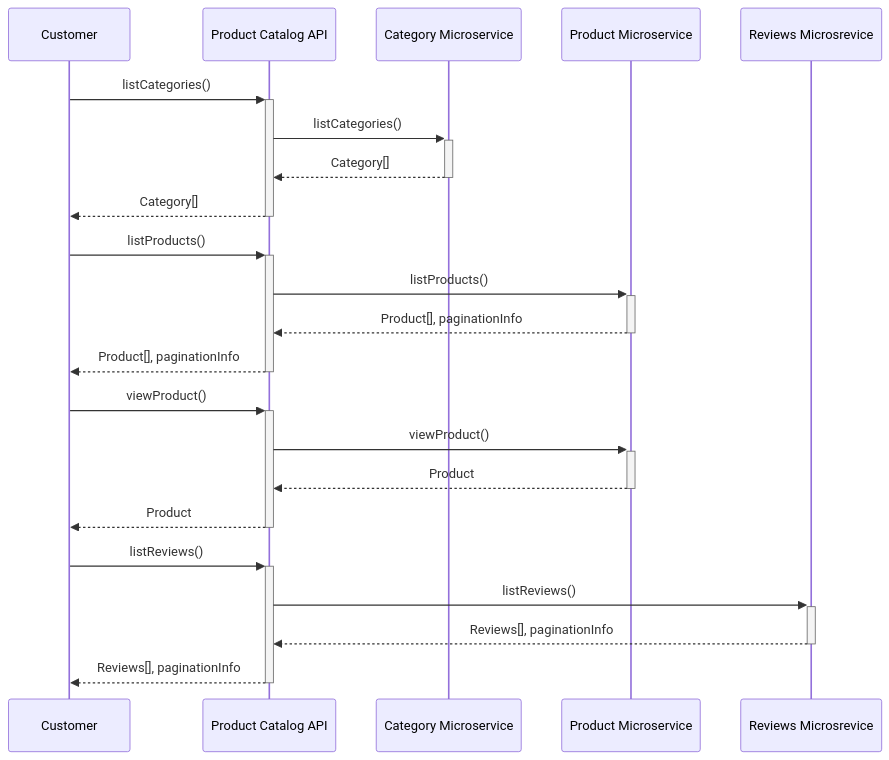
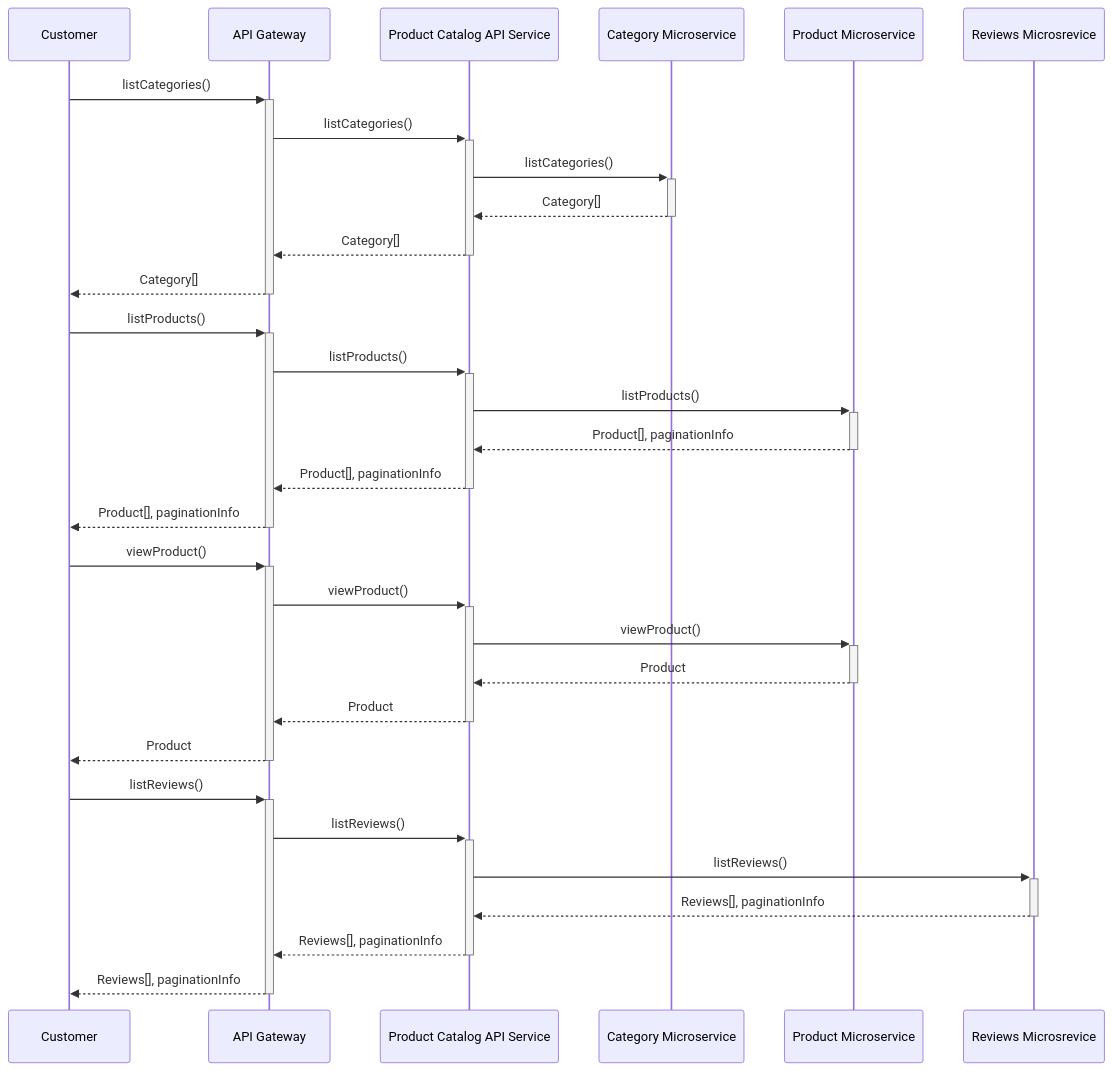
The fifth of 5 diagrams in requirement-analysis/product-catalog-api.md (ikenna/AcmePetSupplies), drawn with Mermaid before and after one commit.

Commit message:
Updating sequence diagram

````diff
--- a/requirement-analysis/product-catalog-api.md
+++ b/requirement-analysis/product-catalog-api.md
@@ -104,20 +102,31 @@
 ```mermaid 
 sequenceDiagram
-    Customer ->>+ Product Catalog API: listCategories()
-    Product Catalog API ->>+ Category Microservice: listCategories()
-    Category Microservice -->>- Product Catalog API :  Category[]
-    Product Catalog API -->>- Customer:  Category[]
-    Customer ->>+ Product Catalog API: listProducts()
-    Product Catalog API ->>+ Product Microservice: listProducts()
-    Product Microservice -->>- Product Catalog API :  Product[], paginationInfo
-    Product Catalog API -->>- Customer:  Product[], paginationInfo
-    Customer ->>+ Product Catalog API: viewProduct()
-    Product Catalog API ->>+ Product Microservice: viewProduct()
-    Product Microservice -->>- Product Catalog API:  Product
-    Product Catalog API -->>- Customer:  Product
-    Customer ->>+ Product Catalog API: listReviews()
-    Product Catalog API ->>+ Reviews Microsrevice: listReviews()
-    Reviews Microsrevice -->>- Product Catalog API: Reviews[], paginationInfo
-    Product Catalog API -->>- Customer:  Reviews[], paginationInfo
+    Customer ->>+ API Gateway: listCategories()
+    API Gateway ->>+ Product Catalog API Service : listCategories()
+    Product Catalog API Service ->>+ Category Microservice: listCategories()
+    Category Microservice -->>- Product Catalog API Service :  Category[]
+    Product Catalog API Service -->>- API Gateway:  Category[]
+    API Gateway -->>- Customer:  Category[]
+
+    Customer ->>+ API Gateway: listProducts()
+    API Gateway ->>+ Product Catalog API Service: listProducts()
+    Product Catalog API Service ->>+ Product Microservice: listProducts()
+    Product Microservice -->>- Product Catalog API Service :  Product[], paginationInfo
+    Product Catalog API Service -->>- API Gateway :  Product[], paginationInfo
+    API Gateway -->>- Customer:  Product[], paginationInfo
+
+    Customer ->>+ API Gateway: viewProduct()
+    API Gateway ->>+ Product Catalog API Service: viewProduct()
+    Product Catalog API Service ->>+ Product Microservice: viewProduct()
+    Product Microservice -->>- Product Catalog API Service:  Product
+    Product Catalog API Service -->>- API Gateway:  Product
+    API Gateway -->>- Customer:  Product
+
+    Customer ->>+ API Gateway: listReviews()
+    API Gateway ->>+ Product Catalog API Service: listReviews()
+    Product Catalog API Service ->>+ Reviews Microsrevice: listReviews()
+    Reviews Microsrevice -->>- Product Catalog API Service: Reviews[], paginationInfo
+    Product Catalog API Service -->>- API Gateway:  Reviews[], paginationInfo
+    API Gateway -->>- Customer:  Reviews[], paginationInfo
    
 ```            
````
